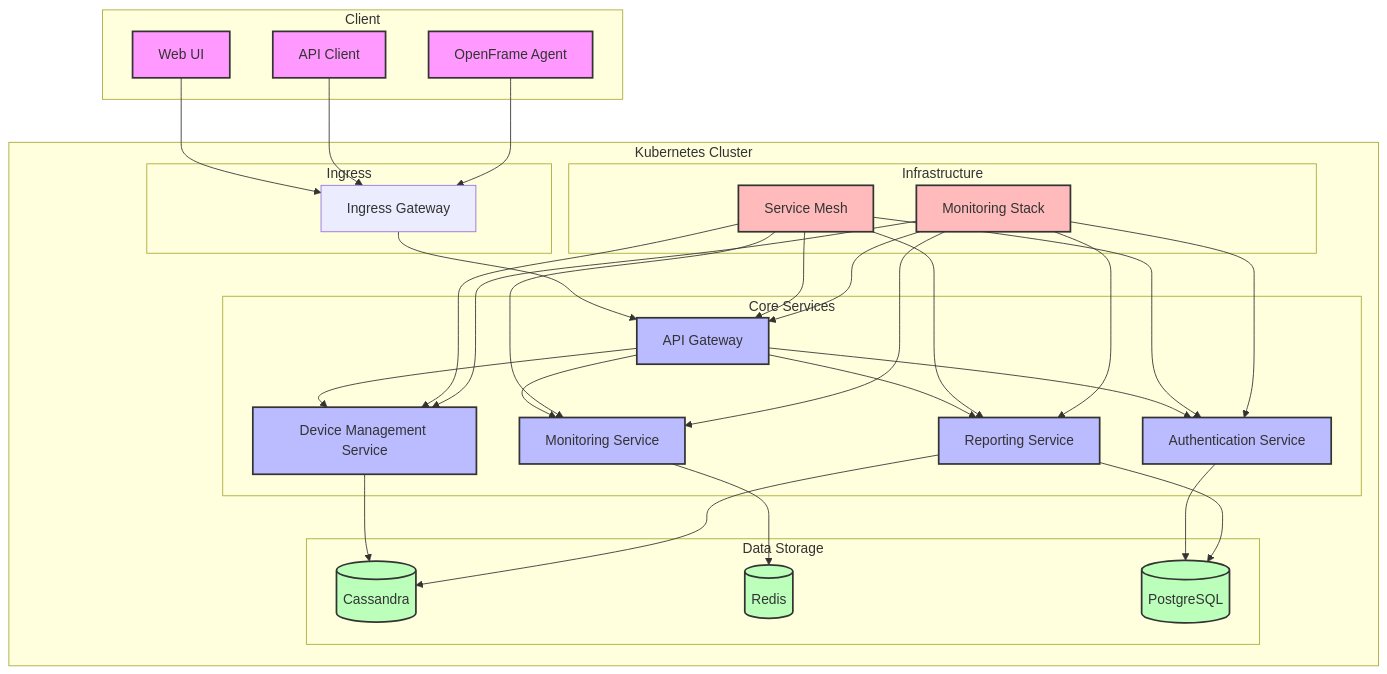
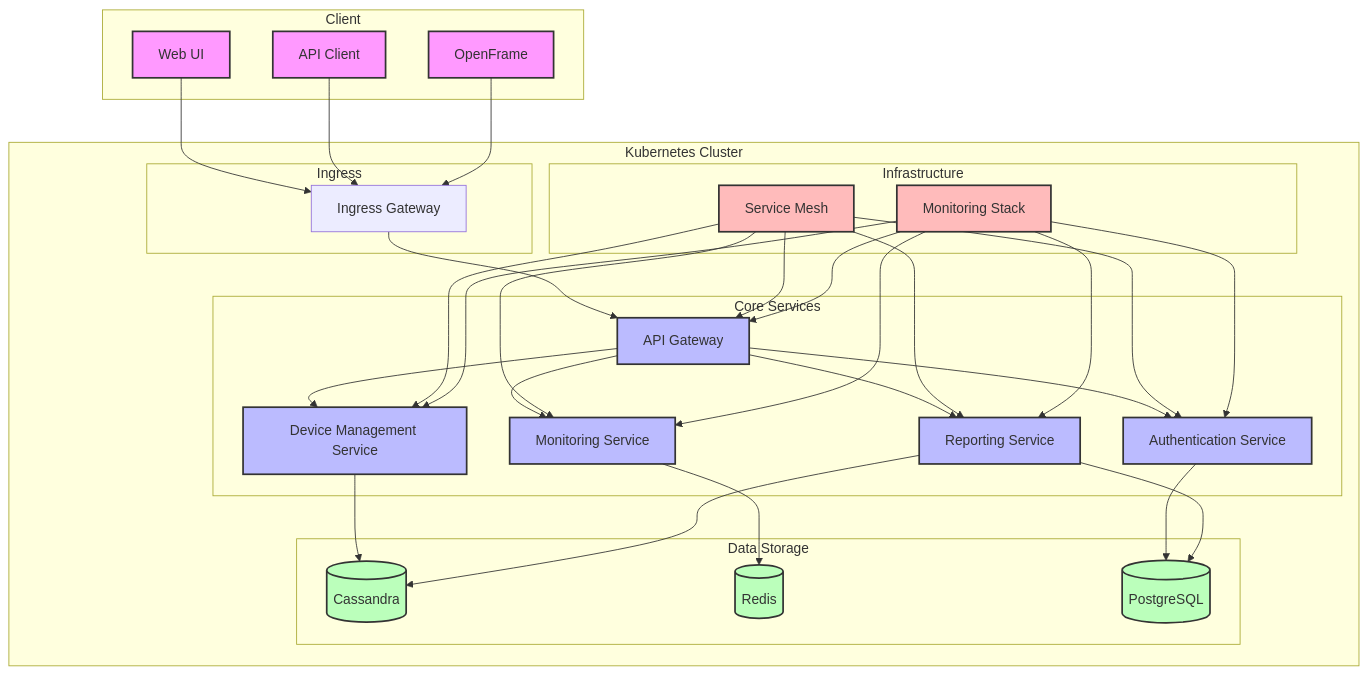
Before and after one commit to flamingo-stack/openframe-oss-tenant: the diagram in docs/diagrams/system-overview.md, drawn with Mermaid. The commit also changed other lines of this file and 22 other files, not shown here.

````diff
--- a/docs/diagrams/system-overview.md
+++ b/docs/diagrams/system-overview.md
@@ -5,78 +5,78 @@
 ```mermaid
 graph TB
     subgraph Client
         UI[Web UI]
         API[API Client]
-        Agent[OpenFrame Agent]
+        Agent[OpenFrame]
     end
 
     subgraph Kubernetes Cluster
         subgraph Ingress
             IG[Ingress Gateway]
         end
 
         subgraph Core Services
             AG[API Gateway]
             AS[Authentication Service]
             DMS[Device Management Service]
             MS[Monitoring Service]
             RS[Reporting Service]
         end
 
         subgraph Data Storage
             CS[(Cassandra)]
             RD[(Redis)]
             PG[(PostgreSQL)]
         end
 
         subgraph Infrastructure
             SM[Service Mesh]
             MON[Monitoring Stack]
         end
     end
 
     %% Client connections
     UI --> IG
     API --> IG
     Agent --> IG
 
     %% Ingress to services
     IG --> AG
 
     %% Service mesh connections
     AG --> AS
     AG --> DMS
     AG --> MS
     AG --> RS
 
     %% Data storage connections
     AS --> PG
     DMS --> CS
     MS --> RD
     RS --> CS
     RS --> PG
 
     %% Infrastructure connections
     SM --> AG
     SM --> AS
     SM --> DMS
     SM --> MS
     SM --> RS
 
     MON --> AG
     MON --> AS
     MON --> DMS
     MON --> MS
     MON --> RS
 
     %% Styling
     classDef client fill:#f9f,stroke:#333,stroke-width:2px
     classDef service fill:#bbf,stroke:#333,stroke-width:2px
     classDef storage fill:#bfb,stroke:#333,stroke-width:2px
     classDef infra fill:#fbb,stroke:#333,stroke-width:2px
 
     class UI,API,Agent client
     class AG,AS,DMS,MS,RS service
     class CS,RD,PG storage
     class SM,MON infra
 ```
````
